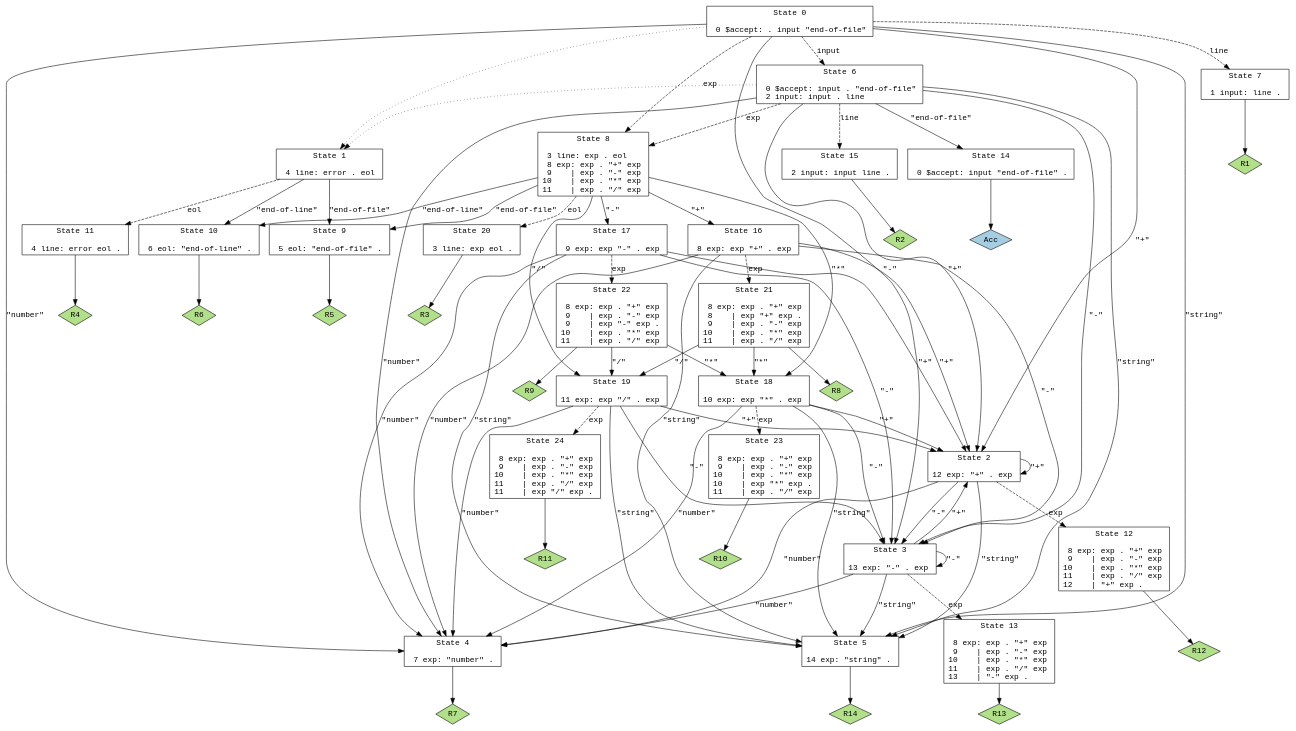
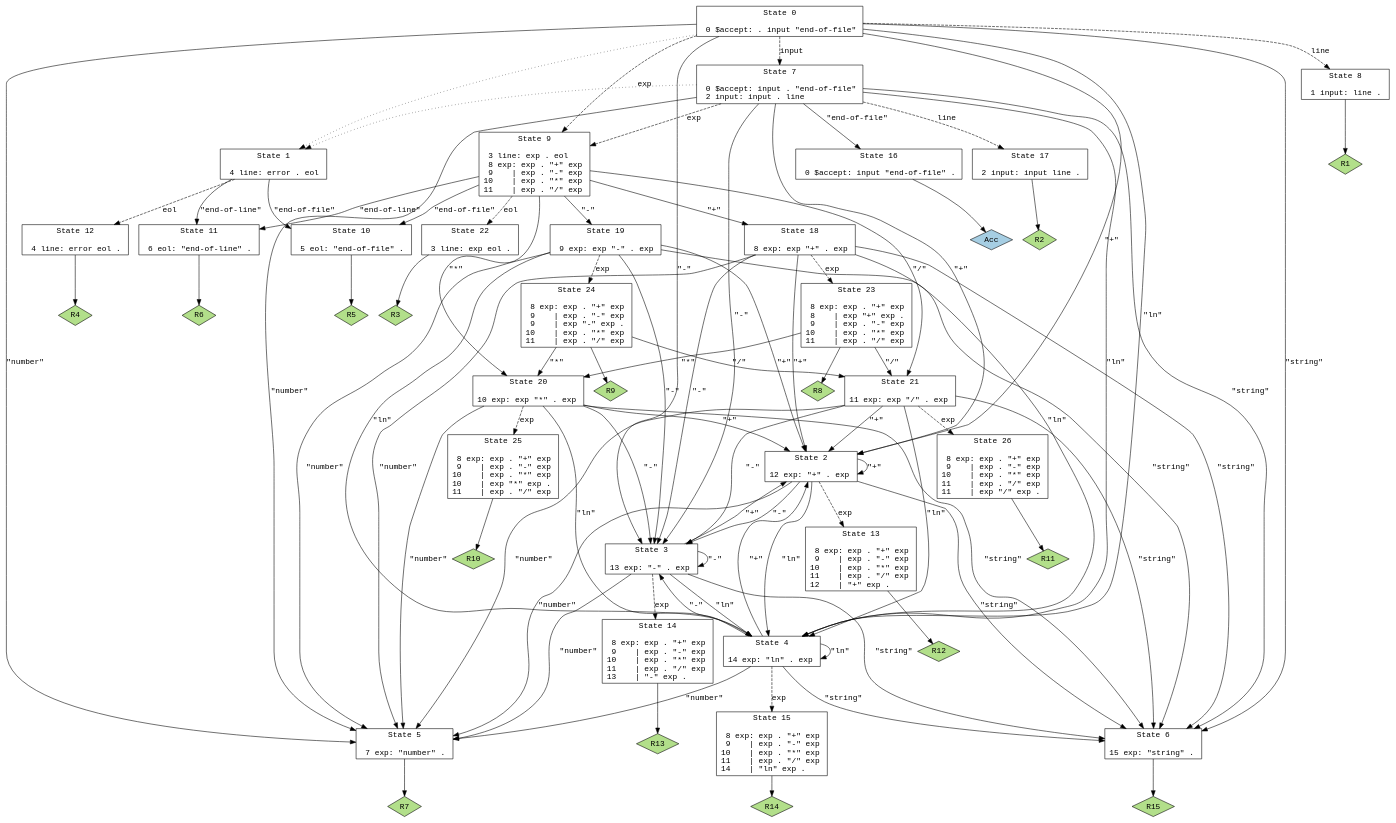
The diagram in src/reccalc/parse.gv (iamsosmart19/Complex-Grapher), drawn with Graphviz before and after one commit. The commit also changed 10 other files, not shown here.

```diff
--- a/src/reccalc/parse.gv
+++ b/src/reccalc/parse.gv
@@ -1,125 +1,143 @@
 // Generated by GNU Bison 3.4.2.
 // Report bugs to <bug-bison@gnu.org>.
 // Home page: <http://www.gnu.org/software/bison/>.
 
 digraph "parse.y"
 {
   node [fontname = courier, shape = box, colorscheme = paired6]
   edge [fontname = courier]
 
   0 [label="State 0\n\l  0 $accept: . input \"end-of-file\"\l"]
   0 -> 1 [style=dotted]
   0 -> 2 [style=solid label="\"+\""]
   0 -> 3 [style=solid label="\"-\""]
-  0 -> 4 [style=solid label="\"number\""]
-  0 -> 5 [style=solid label="\"string\""]
-  0 -> 6 [style=dashed label="input"]
-  0 -> 7 [style=dashed label="line"]
-  0 -> 8 [style=dashed label="exp"]
+  0 -> 4 [style=solid label="\"ln\""]
+  0 -> 5 [style=solid label="\"number\""]
+  0 -> 6 [style=solid label="\"string\""]
+  0 -> 7 [style=dashed label="input"]
+  0 -> 8 [style=dashed label="line"]
+  0 -> 9 [style=dashed label="exp"]
   1 [label="State 1\n\l  4 line: error . eol\l"]
-  1 -> 9 [style=solid label="\"end-of-file\""]
-  1 -> 10 [style=solid label="\"end-of-line\""]
-  1 -> 11 [style=dashed label="eol"]
+  1 -> 10 [style=solid label="\"end-of-file\""]
+  1 -> 11 [style=solid label="\"end-of-line\""]
+  1 -> 12 [style=dashed label="eol"]
   2 [label="State 2\n\l 12 exp: \"+\" . exp\l"]
   2 -> 2 [style=solid label="\"+\""]
   2 -> 3 [style=solid label="\"-\""]
-  2 -> 4 [style=solid label="\"number\""]
-  2 -> 5 [style=solid label="\"string\""]
-  2 -> 12 [style=dashed label="exp"]
+  2 -> 4 [style=solid label="\"ln\""]
+  2 -> 5 [style=solid label="\"number\""]
+  2 -> 6 [style=solid label="\"string\""]
+  2 -> 13 [style=dashed label="exp"]
   3 [label="State 3\n\l 13 exp: \"-\" . exp\l"]
   3 -> 2 [style=solid label="\"+\""]
   3 -> 3 [style=solid label="\"-\""]
-  3 -> 4 [style=solid label="\"number\""]
-  3 -> 5 [style=solid label="\"string\""]
-  3 -> 13 [style=dashed label="exp"]
-  4 [label="State 4\n\l  7 exp: \"number\" .\l"]
-  4 -> "4R7" [style=solid]
- "4R7" [label="R7", fillcolor=3, shape=diamond, style=filled]
-  5 [label="State 5\n\l 14 exp: \"string\" .\l"]
-  5 -> "5R14" [style=solid]
- "5R14" [label="R14", fillcolor=3, shape=diamond, style=filled]
-  6 [label="State 6\n\l  0 $accept: input . \"end-of-file\"\l  2 input: input . line\l"]
-  6 -> 14 [style=solid label="\"end-of-file\""]
-  6 -> 1 [style=dotted]
-  6 -> 2 [style=solid label="\"+\""]
-  6 -> 3 [style=solid label="\"-\""]
-  6 -> 4 [style=solid label="\"number\""]
-  6 -> 5 [style=solid label="\"string\""]
-  6 -> 15 [style=dashed label="line"]
-  6 -> 8 [style=dashed label="exp"]
-  7 [label="State 7\n\l  1 input: line .\l"]
-  7 -> "7R1" [style=solid]
- "7R1" [label="R1", fillcolor=3, shape=diamond, style=filled]
-  8 [label="State 8\n\l  3 line: exp . eol\l  8 exp: exp . \"+\" exp\l  9    | exp . \"-\" exp\l 10    | exp . \"*\" exp\l 11    | exp . \"/\" exp\l"]
-  8 -> 9 [style=solid label="\"end-of-file\""]
-  8 -> 16 [style=solid label="\"+\""]
-  8 -> 17 [style=solid label="\"-\""]
-  8 -> 18 [style=solid label="\"*\""]
-  8 -> 19 [style=solid label="\"/\""]
-  8 -> 10 [style=solid label="\"end-of-line\""]
-  8 -> 20 [style=dashed label="eol"]
-  9 [label="State 9\n\l  5 eol: \"end-of-file\" .\l"]
-  9 -> "9R5" [style=solid]
- "9R5" [label="R5", fillcolor=3, shape=diamond, style=filled]
-  10 [label="State 10\n\l  6 eol: \"end-of-line\" .\l"]
-  10 -> "10R6" [style=solid]
- "10R6" [label="R6", fillcolor=3, shape=diamond, style=filled]
-  11 [label="State 11\n\l  4 line: error eol .\l"]
-  11 -> "11R4" [style=solid]
- "11R4" [label="R4", fillcolor=3, shape=diamond, style=filled]
-  12 [label="State 12\n\l  8 exp: exp . \"+\" exp\l  9    | exp . \"-\" exp\l 10    | exp . \"*\" exp\l 11    | exp . \"/\" exp\l 12    | \"+\" exp .\l"]
-  12 -> "12R12" [style=solid]
- "12R12" [label="R12", fillcolor=3, shape=diamond, style=filled]
-  13 [label="State 13\n\l  8 exp: exp . \"+\" exp\l  9    | exp . \"-\" exp\l 10    | exp . \"*\" exp\l 11    | exp . \"/\" exp\l 13    | \"-\" exp .\l"]
-  13 -> "13R13" [style=solid]
- "13R13" [label="R13", fillcolor=3, shape=diamond, style=filled]
-  14 [label="State 14\n\l  0 $accept: input \"end-of-file\" .\l"]
-  14 -> "14R0" [style=solid]
- "14R0" [label="Acc", fillcolor=1, shape=diamond, style=filled]
-  15 [label="State 15\n\l  2 input: input line .\l"]
-  15 -> "15R2" [style=solid]
- "15R2" [label="R2", fillcolor=3, shape=diamond, style=filled]
-  16 [label="State 16\n\l  8 exp: exp \"+\" . exp\l"]
-  16 -> 2 [style=solid label="\"+\""]
-  16 -> 3 [style=solid label="\"-\""]
-  16 -> 4 [style=solid label="\"number\""]
-  16 -> 5 [style=solid label="\"string\""]
-  16 -> 21 [style=dashed label="exp"]
-  17 [label="State 17\n\l  9 exp: exp \"-\" . exp\l"]
-  17 -> 2 [style=solid label="\"+\""]
-  17 -> 3 [style=solid label="\"-\""]
-  17 -> 4 [style=solid label="\"number\""]
-  17 -> 5 [style=solid label="\"string\""]
-  17 -> 22 [style=dashed label="exp"]
-  18 [label="State 18\n\l 10 exp: exp \"*\" . exp\l"]
+  3 -> 4 [style=solid label="\"ln\""]
+  3 -> 5 [style=solid label="\"number\""]
+  3 -> 6 [style=solid label="\"string\""]
+  3 -> 14 [style=dashed label="exp"]
+  4 [label="State 4\n\l 14 exp: \"ln\" . exp\l"]
+  4 -> 2 [style=solid label="\"+\""]
+  4 -> 3 [style=solid label="\"-\""]
+  4 -> 4 [style=solid label="\"ln\""]
+  4 -> 5 [style=solid label="\"number\""]
+  4 -> 6 [style=solid label="\"string\""]
+  4 -> 15 [style=dashed label="exp"]
+  5 [label="State 5\n\l  7 exp: \"number\" .\l"]
+  5 -> "5R7" [style=solid]
+ "5R7" [label="R7", fillcolor=3, shape=diamond, style=filled]
+  6 [label="State 6\n\l 15 exp: \"string\" .\l"]
+  6 -> "6R15" [style=solid]
+ "6R15" [label="R15", fillcolor=3, shape=diamond, style=filled]
+  7 [label="State 7\n\l  0 $accept: input . \"end-of-file\"\l  2 input: input . line\l"]
+  7 -> 16 [style=solid label="\"end-of-file\""]
+  7 -> 1 [style=dotted]
+  7 -> 2 [style=solid label="\"+\""]
+  7 -> 3 [style=solid label="\"-\""]
+  7 -> 4 [style=solid label="\"ln\""]
+  7 -> 5 [style=solid label="\"number\""]
+  7 -> 6 [style=solid label="\"string\""]
+  7 -> 17 [style=dashed label="line"]
+  7 -> 9 [style=dashed label="exp"]
+  8 [label="State 8\n\l  1 input: line .\l"]
+  8 -> "8R1" [style=solid]
+ "8R1" [label="R1", fillcolor=3, shape=diamond, style=filled]
+  9 [label="State 9\n\l  3 line: exp . eol\l  8 exp: exp . \"+\" exp\l  9    | exp . \"-\" exp\l 10    | exp . \"*\" exp\l 11    | exp . \"/\" exp\l"]
+  9 -> 10 [style=solid label="\"end-of-file\""]
+  9 -> 18 [style=solid label="\"+\""]
+  9 -> 19 [style=solid label="\"-\""]
+  9 -> 20 [style=solid label="\"*\""]
+  9 -> 21 [style=solid label="\"/\""]
+  9 -> 11 [style=solid label="\"end-of-line\""]
+  9 -> 22 [style=dashed label="eol"]
+  10 [label="State 10\n\l  5 eol: \"end-of-file\" .\l"]
+  10 -> "10R5" [style=solid]
+ "10R5" [label="R5", fillcolor=3, shape=diamond, style=filled]
+  11 [label="State 11\n\l  6 eol: \"end-of-line\" .\l"]
+  11 -> "11R6" [style=solid]
+ "11R6" [label="R6", fillcolor=3, shape=diamond, style=filled]
+  12 [label="State 12\n\l  4 line: error eol .\l"]
+  12 -> "12R4" [style=solid]
+ "12R4" [label="R4", fillcolor=3, shape=diamond, style=filled]
+  13 [label="State 13\n\l  8 exp: exp . \"+\" exp\l  9    | exp . \"-\" exp\l 10    | exp . \"*\" exp\l 11    | exp . \"/\" exp\l 12    | \"+\" exp .\l"]
+  13 -> "13R12" [style=solid]
+ "13R12" [label="R12", fillcolor=3, shape=diamond, style=filled]
+  14 [label="State 14\n\l  8 exp: exp . \"+\" exp\l  9    | exp . \"-\" exp\l 10    | exp . \"*\" exp\l 11    | exp . \"/\" exp\l 13    | \"-\" exp .\l"]
+  14 -> "14R13" [style=solid]
+ "14R13" [label="R13", fillcolor=3, shape=diamond, style=filled]
+  15 [label="State 15\n\l  8 exp: exp . \"+\" exp\l  9    | exp . \"-\" exp\l 10    | exp . \"*\" exp\l 11    | exp . \"/\" exp\l 14    | \"ln\" exp .\l"]
+  15 -> "15R14" [style=solid]
+ "15R14" [label="R14", fillcolor=3, shape=diamond, style=filled]
+  16 [label="State 16\n\l  0 $accept: input \"end-of-file\" .\l"]
+  16 -> "16R0" [style=solid]
+ "16R0" [label="Acc", fillcolor=1, shape=diamond, style=filled]
+  17 [label="State 17\n\l  2 input: input line .\l"]
+  17 -> "17R2" [style=solid]
+ "17R2" [label="R2", fillcolor=3, shape=diamond, style=filled]
+  18 [label="State 18\n\l  8 exp: exp \"+\" . exp\l"]
   18 -> 2 [style=solid label="\"+\""]
   18 -> 3 [style=solid label="\"-\""]
-  18 -> 4 [style=solid label="\"number\""]
-  18 -> 5 [style=solid label="\"string\""]
+  18 -> 4 [style=solid label="\"ln\""]
+  18 -> 5 [style=solid label="\"number\""]
+  18 -> 6 [style=solid label="\"string\""]
   18 -> 23 [style=dashed label="exp"]
-  19 [label="State 19\n\l 11 exp: exp \"/\" . exp\l"]
+  19 [label="State 19\n\l  9 exp: exp \"-\" . exp\l"]
   19 -> 2 [style=solid label="\"+\""]
   19 -> 3 [style=solid label="\"-\""]
-  19 -> 4 [style=solid label="\"number\""]
-  19 -> 5 [style=solid label="\"string\""]
+  19 -> 4 [style=solid label="\"ln\""]
+  19 -> 5 [style=solid label="\"number\""]
+  19 -> 6 [style=solid label="\"string\""]
   19 -> 24 [style=dashed label="exp"]
-  20 [label="State 20\n\l  3 line: exp eol .\l"]
-  20 -> "20R3" [style=solid]
- "20R3" [label="R3", fillcolor=3, shape=diamond, style=filled]
-  21 [label="State 21\n\l  8 exp: exp . \"+\" exp\l  8    | exp \"+\" exp .\l  9    | exp . \"-\" exp\l 10    | exp . \"*\" exp\l 11    | exp . \"/\" exp\l"]
-  21 -> 18 [style=solid label="\"*\""]
-  21 -> 19 [style=solid label="\"/\""]
-  21 -> "21R8" [style=solid]
- "21R8" [label="R8", fillcolor=3, shape=diamond, style=filled]
-  22 [label="State 22\n\l  8 exp: exp . \"+\" exp\l  9    | exp . \"-\" exp\l  9    | exp \"-\" exp .\l 10    | exp . \"*\" exp\l 11    | exp . \"/\" exp\l"]
-  22 -> 18 [style=solid label="\"*\""]
-  22 -> 19 [style=solid label="\"/\""]
-  22 -> "22R9" [style=solid]
- "22R9" [label="R9", fillcolor=3, shape=diamond, style=filled]
-  23 [label="State 23\n\l  8 exp: exp . \"+\" exp\l  9    | exp . \"-\" exp\l 10    | exp . \"*\" exp\l 10    | exp \"*\" exp .\l 11    | exp . \"/\" exp\l"]
-  23 -> "23R10" [style=solid]
- "23R10" [label="R10", fillcolor=3, shape=diamond, style=filled]
-  24 [label="State 24\n\l  8 exp: exp . \"+\" exp\l  9    | exp . \"-\" exp\l 10    | exp . \"*\" exp\l 11    | exp . \"/\" exp\l 11    | exp \"/\" exp .\l"]
-  24 -> "24R11" [style=solid]
- "24R11" [label="R11", fillcolor=3, shape=diamond, style=filled]
+  20 [label="State 20\n\l 10 exp: exp \"*\" . exp\l"]
+  20 -> 2 [style=solid label="\"+\""]
+  20 -> 3 [style=solid label="\"-\""]
+  20 -> 4 [style=solid label="\"ln\""]
+  20 -> 5 [style=solid label="\"number\""]
+  20 -> 6 [style=solid label="\"string\""]
+  20 -> 25 [style=dashed label="exp"]
+  21 [label="State 21\n\l 11 exp: exp \"/\" . exp\l"]
+  21 -> 2 [style=solid label="\"+\""]
+  21 -> 3 [style=solid label="\"-\""]
+  21 -> 4 [style=solid label="\"ln\""]
+  21 -> 5 [style=solid label="\"number\""]
+  21 -> 6 [style=solid label="\"string\""]
+  21 -> 26 [style=dashed label="exp"]
+  22 [label="State 22\n\l  3 line: exp eol .\l"]
+  22 -> "22R3" [style=solid]
+ "22R3" [label="R3", fillcolor=3, shape=diamond, style=filled]
+  23 [label="State 23\n\l  8 exp: exp . \"+\" exp\l  8    | exp \"+\" exp .\l  9    | exp . \"-\" exp\l 10    | exp . \"*\" exp\l 11    | exp . \"/\" exp\l"]
+  23 -> 20 [style=solid label="\"*\""]
+  23 -> 21 [style=solid label="\"/\""]
+  23 -> "23R8" [style=solid]
+ "23R8" [label="R8", fillcolor=3, shape=diamond, style=filled]
+  24 [label="State 24\n\l  8 exp: exp . \"+\" exp\l  9    | exp . \"-\" exp\l  9    | exp \"-\" exp .\l 10    | exp . \"*\" exp\l 11    | exp . \"/\" exp\l"]
+  24 -> 20 [style=solid label="\"*\""]
+  24 -> 21 [style=solid label="\"/\""]
+  24 -> "24R9" [style=solid]
+ "24R9" [label="R9", fillcolor=3, shape=diamond, style=filled]
+  25 [label="State 25\n\l  8 exp: exp . \"+\" exp\l  9    | exp . \"-\" exp\l 10    | exp . \"*\" exp\l 10    | exp \"*\" exp .\l 11    | exp . \"/\" exp\l"]
+  25 -> "25R10" [style=solid]
+ "25R10" [label="R10", fillcolor=3, shape=diamond, style=filled]
+  26 [label="State 26\n\l  8 exp: exp . \"+\" exp\l  9    | exp . \"-\" exp\l 10    | exp . \"*\" exp\l 11    | exp . \"/\" exp\l 11    | exp \"/\" exp .\l"]
+  26 -> "26R11" [style=solid]
+ "26R11" [label="R11", fillcolor=3, shape=diamond, style=filled]
 }
```
